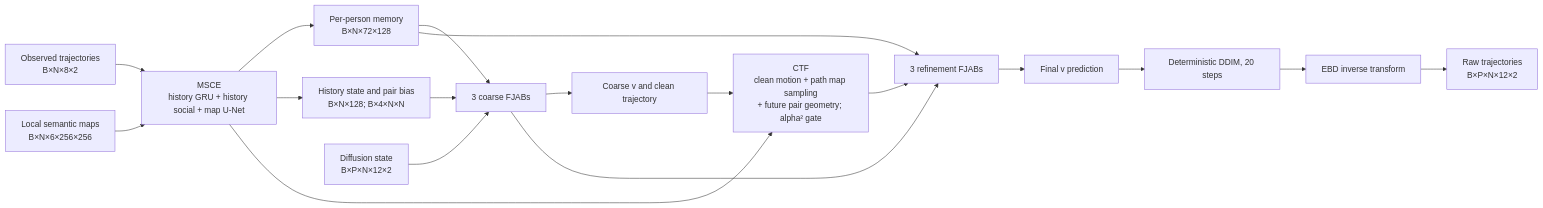
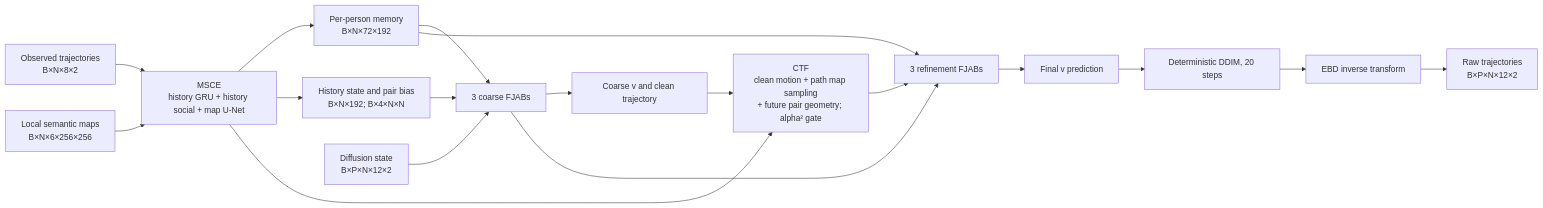
One commit to WuYanXingege/RSJG changed the diagram in docs/METHOD.md. Above: the diagram before and after it, drawn with Mermaid. The commit also changed other lines of this file and 20 other files, not shown here.

````diff
--- a/docs/METHOD.md
+++ b/docs/METHOD.md
@@ -9,21 +9,21 @@
 ```mermaid
 flowchart LR
     O[Observed trajectories<br/>B×N×8×2] --> MSCE
     M[Local semantic maps<br/>B×N×6×256×256] --> MSCE
     MSCE[MSCE<br/>history GRU + history social + map U-Net]
-    MSCE --> H[Per-person memory<br/>B×N×72×128]
-    MSCE --> G[History state and pair bias<br/>B×N×128; B×4×N×N]
+    MSCE --> H[Per-person memory<br/>B×N×72×192]
+    MSCE --> G[History state and pair bias<br/>B×N×192; B×4×N×N]
     Z[Diffusion state<br/>B×P×N×12×2] --> C[3 coarse FJABs]
     H --> C
     G --> C
     C --> Q[Coarse v and clean trajectory]
     Q --> CTF[CTF<br/>clean motion + path map sampling<br/>+ future pair geometry; alpha² gate]
     MSCE --> CTF
     CTF --> R[3 refinement FJABs]
     C --> R
     H --> R
     R --> V[Final v prediction]
     V --> D[Deterministic DDIM, 20 steps]
     D --> EBD[EBD inverse transform]
     EBD --> Y[Raw trajectories<br/>B×P×N×12×2]
 ```
````
